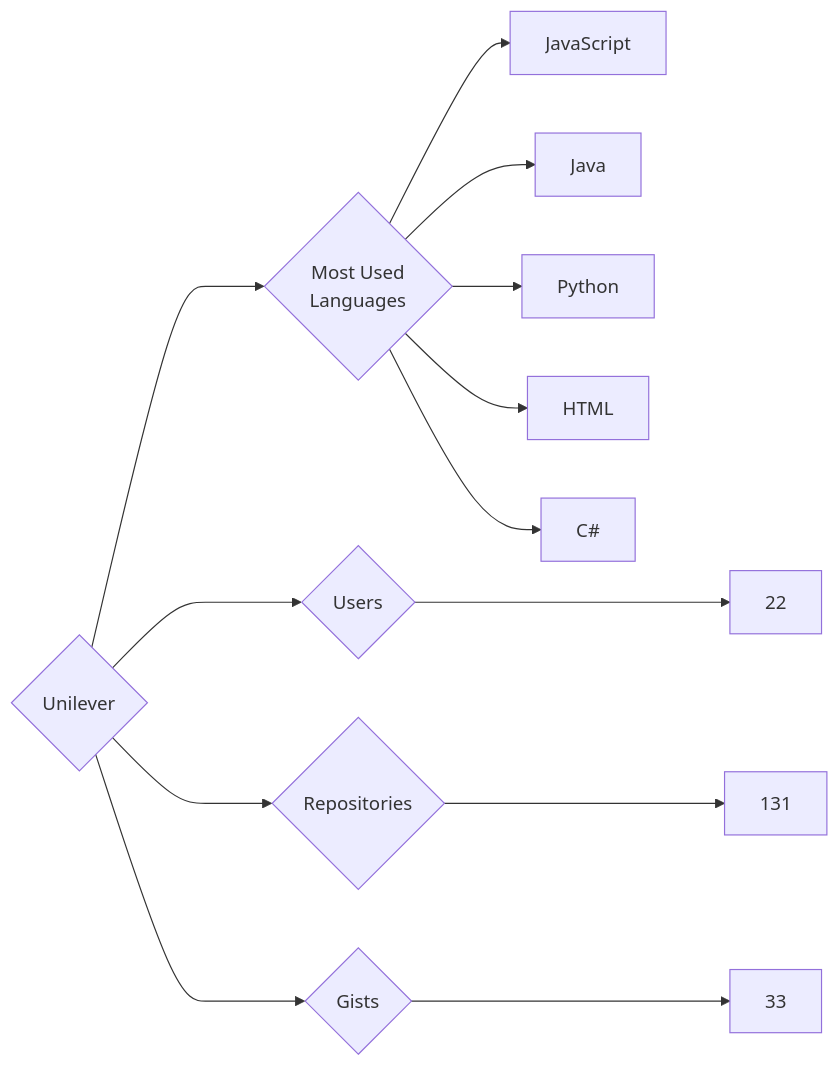
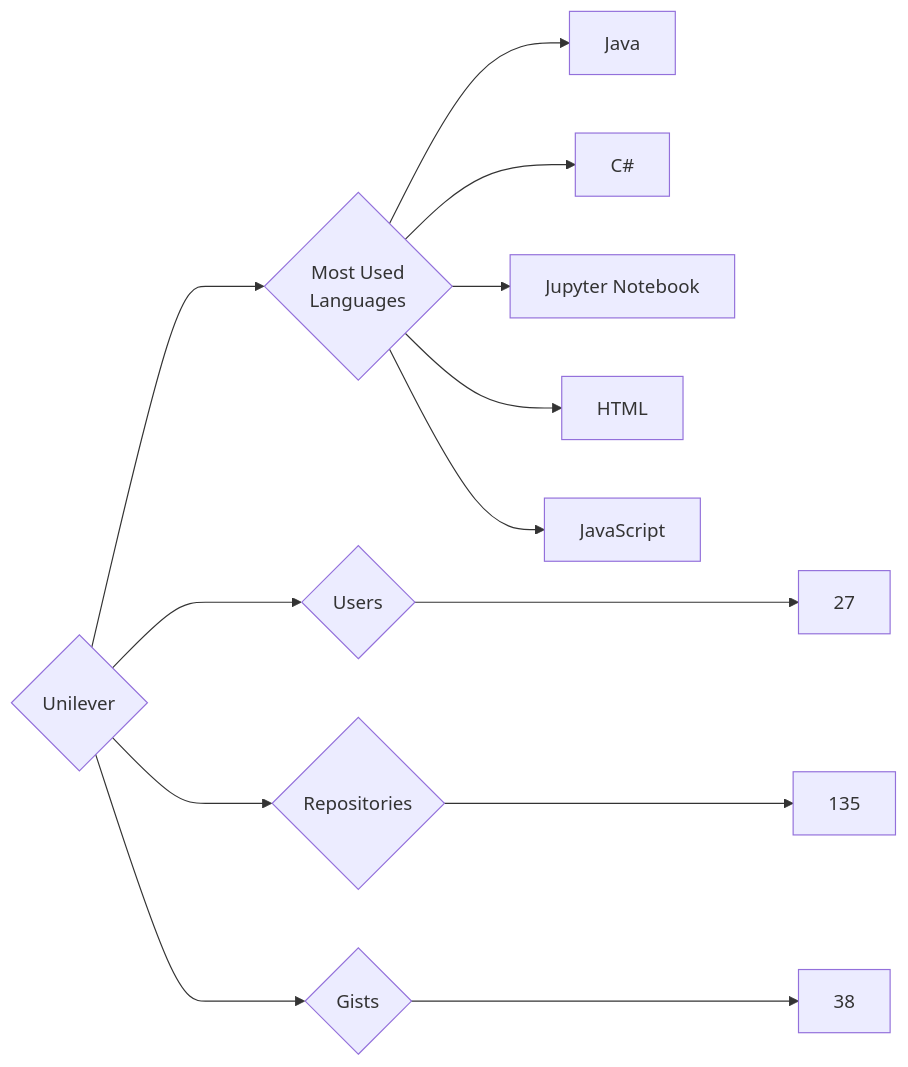
The diagram in targets/Unilever/README.md (trickest/insiders), drawn with Mermaid before and after one commit. The commit also changed 860 other files, not shown here.

````diff
--- a/targets/Unilever/README.md
+++ b/targets/Unilever/README.md
@@ -3,13 +3,13 @@
 ```mermaid
 graph LR
 COMPANY_NAME{Unilever}
-COMPANY_NAME ---> U{Users} ---> UN[22]
-COMPANY_NAME ---> R{Repositories} ---> RN[131]
-COMPANY_NAME ---> G{Gists} ---> GN[33]
+COMPANY_NAME ---> U{Users} ---> UN[27]
+COMPANY_NAME ---> R{Repositories} ---> RN[135]
+COMPANY_NAME ---> G{Gists} ---> GN[38]
 COMPANY_NAME ---> ML{Most Used<br>Languages}
+ML --> Java[Java]
+ML --> C#[C#]
+ML --> Jupyter_Notebook[Jupyter Notebook]
+ML --> HTML[HTML]
 ML --> JavaScript[JavaScript]
-ML --> Java[Java]
-ML --> Python[Python]
-ML --> HTML[HTML]
-ML --> C#[C#]
 ```
````
